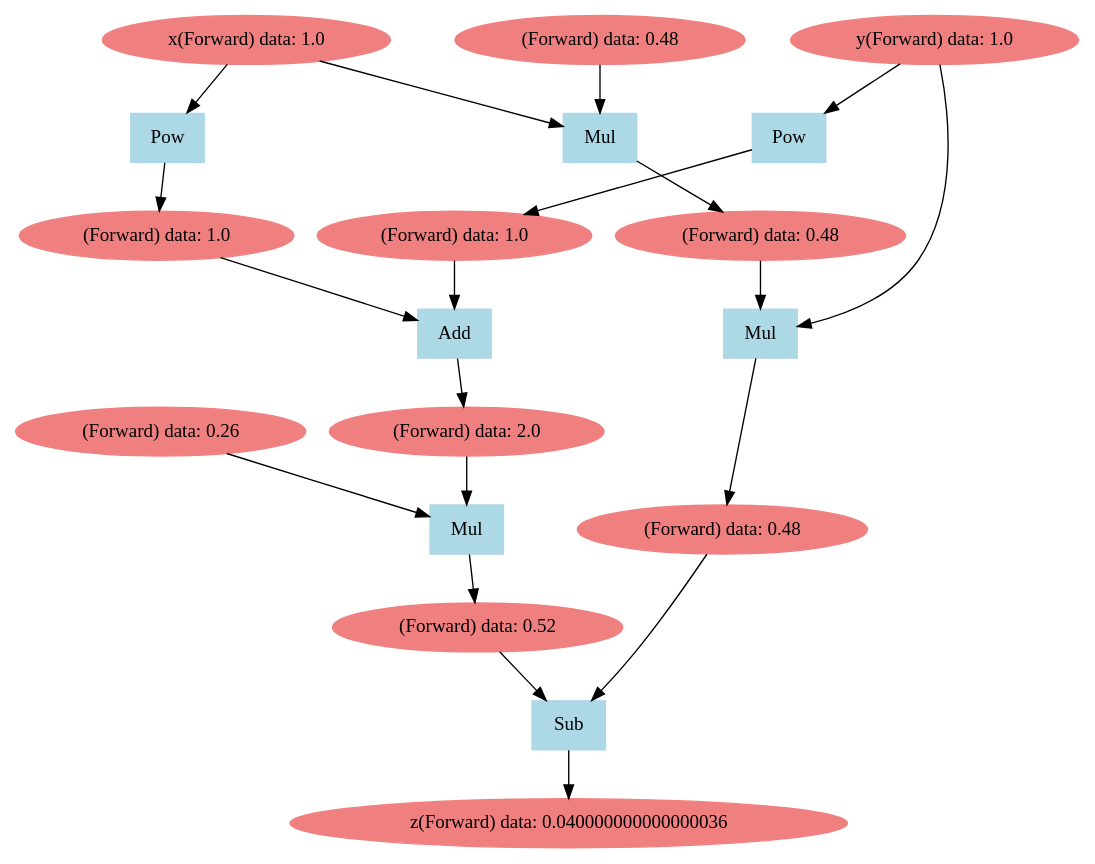
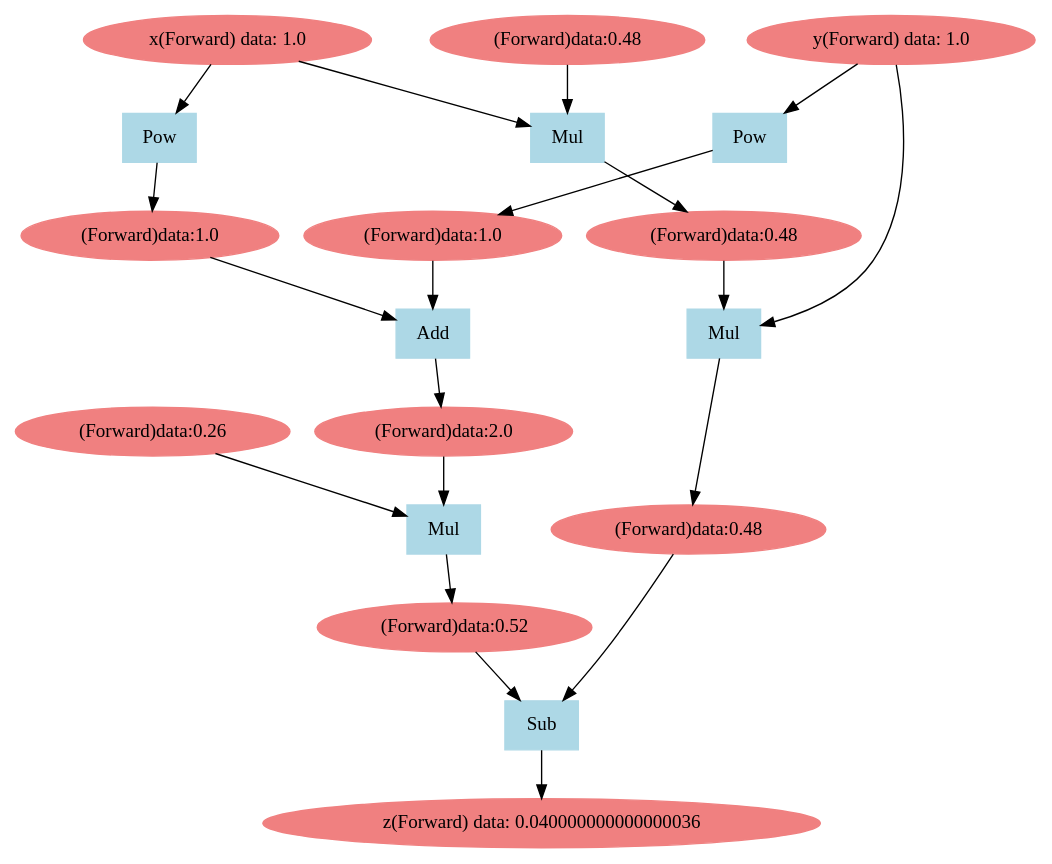
One commit to ZeweiLi999/Large_Model_From_None changed the diagram in LearnTorch_ALL/TeachImage/CGMap/matyasForward.dot. Above: the diagram before and after it, drawn with Graphviz. The commit also changed 47 other files, not shown here.

Commit message:
1.支持自动计算高阶导数，重写多个函数mul sub pow sin，新增cos函数 ；2.添加新可视化图片sin导数和y=x**4导数，新增GIF牛顿法可视化对比；3.重写readme为相对路径引用；4.为VirtualAssistant添加images文件夹

```diff
--- a/LearnTorch_ALL/TeachImage/CGMap/matyasForward.dot
+++ b/LearnTorch_ALL/TeachImage/CGMap/matyasForward.dot
@@ -1,41 +1,41 @@
 digraph g {
-2714442409104 [label="z(Forward) data: 0.040000000000000036", color=lightcoral, style=filled]
-2714442409200 [label ="Sub", color=lightblue, style=filled, shape=box]
-2714442409776 -> 2714442409200
-2714442409296 -> 2714442409200
-2714442409200 -> 2714442409104
-2714442409776 [label="(Forward) data: 0.52", color=lightcoral, style=filled]
-2714442409296 [label="(Forward) data: 0.48", color=lightcoral, style=filled]
-2714442409392 [label ="Mul", color=lightblue, style=filled, shape=box]
-2714442409488 -> 2714442409392
-2716550835600 -> 2714442409392
-2714442409392 -> 2714442409296
-2714442409488 [label="(Forward) data: 0.48", color=lightcoral, style=filled]
-2716550835600 [label="y(Forward) data: 1.0", color=lightcoral, style=filled]
-2714442409680 [label ="Mul", color=lightblue, style=filled, shape=box]
-2716550835648 -> 2714442409680
-2714442409584 -> 2714442409680
-2714442409680 -> 2714442409488
-2716550835648 [label="x(Forward) data: 1.0", color=lightcoral, style=filled]
-2714442409584 [label="(Forward) data: 0.48", color=lightcoral, style=filled]
-2714442409968 [label ="Mul", color=lightblue, style=filled, shape=box]
-2714442466448 -> 2714442409968
-2714442409872 -> 2714442409968
-2714442409968 -> 2714442409776
-2714442466448 [label="(Forward) data: 2.0", color=lightcoral, style=filled]
-2714442409872 [label="(Forward) data: 0.26", color=lightcoral, style=filled]
-2714442466592 [label ="Add", color=lightblue, style=filled, shape=box]
-2714442466736 -> 2714442466592
-2714442466640 -> 2714442466592
-2714442466592 -> 2714442466448
-2714442466736 [label="(Forward) data: 1.0", color=lightcoral, style=filled]
-2714442466640 [label="(Forward) data: 1.0", color=lightcoral, style=filled]
-2714442466976 [label ="Pow", color=lightblue, style=filled, shape=box]
-2716550835600 -> 2714442466976
-2714442466976 -> 2714442466640
-2716550835600 [label="y(Forward) data: 1.0", color=lightcoral, style=filled]
-2716550835504 [label ="Pow", color=lightblue, style=filled, shape=box]
-2716550835648 -> 2716550835504
-2716550835504 -> 2714442466736
-2716550835648 [label="x(Forward) data: 1.0", color=lightcoral, style=filled]
+Forward2667169911904 [label="z(Forward) data: 0.040000000000000036", color=lightcoral, style=filled]
+Forward2667169911808 [label ="Sub", color=lightblue, style=filled, shape=box]
+Forward2667169911232 -> Forward2667169911808
+Forward2667169911712 -> Forward2667169911808
+Forward2667169911808 -> Forward2667169911904
+Forward2667169911232 [label="(Forward)data:0.52", color=lightcoral, style=filled]
+Forward2667169911712 [label="(Forward)data:0.48", color=lightcoral, style=filled]
+Forward2667169911616 [label ="Mul", color=lightblue, style=filled, shape=box]
+Forward2667169911520 -> Forward2667169911616
+Forward2667152493296 -> Forward2667169911616
+Forward2667169911616 -> Forward2667169911712
+Forward2667169911520 [label="(Forward)data:0.48", color=lightcoral, style=filled]
+Forward2667152493296 [label="y(Forward) data: 1.0", color=lightcoral, style=filled]
+Forward2667169911328 [label ="Mul", color=lightblue, style=filled, shape=box]
+Forward2667152493344 -> Forward2667169911328
+Forward2667169911424 -> Forward2667169911328
+Forward2667169911328 -> Forward2667169911520
+Forward2667152493344 [label="x(Forward) data: 1.0", color=lightcoral, style=filled]
+Forward2667169911424 [label="(Forward)data:0.48", color=lightcoral, style=filled]
+Forward2667169911040 [label ="Mul", color=lightblue, style=filled, shape=box]
+Forward2667169647344 -> Forward2667169911040
+Forward2667169911136 -> Forward2667169911040
+Forward2667169911040 -> Forward2667169911232
+Forward2667169647344 [label="(Forward)data:2.0", color=lightcoral, style=filled]
+Forward2667169911136 [label="(Forward)data:0.26", color=lightcoral, style=filled]
+Forward2667169647440 [label ="Add", color=lightblue, style=filled, shape=box]
+Forward2667169647680 -> Forward2667169647440
+Forward2667169647248 -> Forward2667169647440
+Forward2667169647440 -> Forward2667169647344
+Forward2667169647680 [label="(Forward)data:1.0", color=lightcoral, style=filled]
+Forward2667169647248 [label="(Forward)data:1.0", color=lightcoral, style=filled]
+Forward2667169647776 [label ="Pow", color=lightblue, style=filled, shape=box]
+Forward2667152493296 -> Forward2667169647776
+Forward2667169647776 -> Forward2667169647248
+Forward2667152493296 [label="y(Forward) data: 1.0", color=lightcoral, style=filled]
+Forward2667152493248 [label ="Pow", color=lightblue, style=filled, shape=box]
+Forward2667152493344 -> Forward2667152493248
+Forward2667152493248 -> Forward2667169647680
+Forward2667152493344 [label="x(Forward) data: 1.0", color=lightcoral, style=filled]
 }
```
